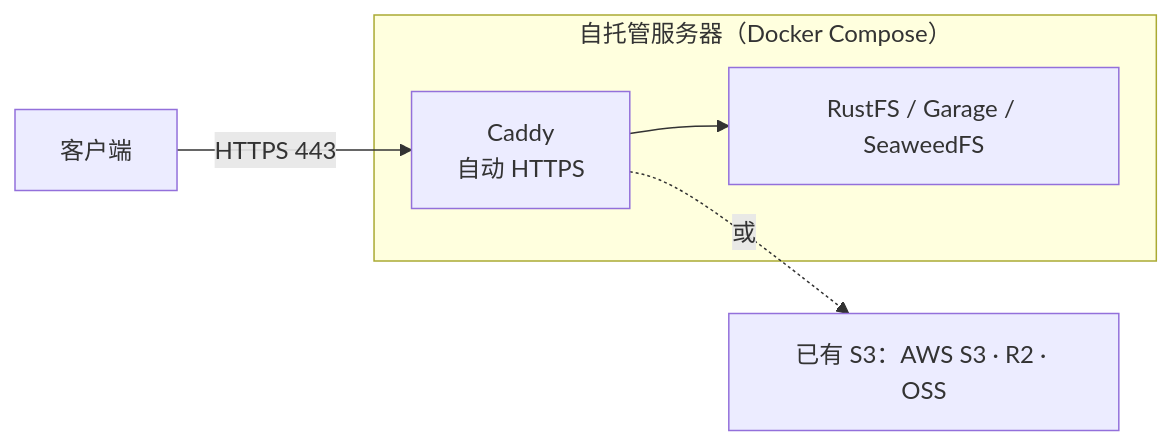
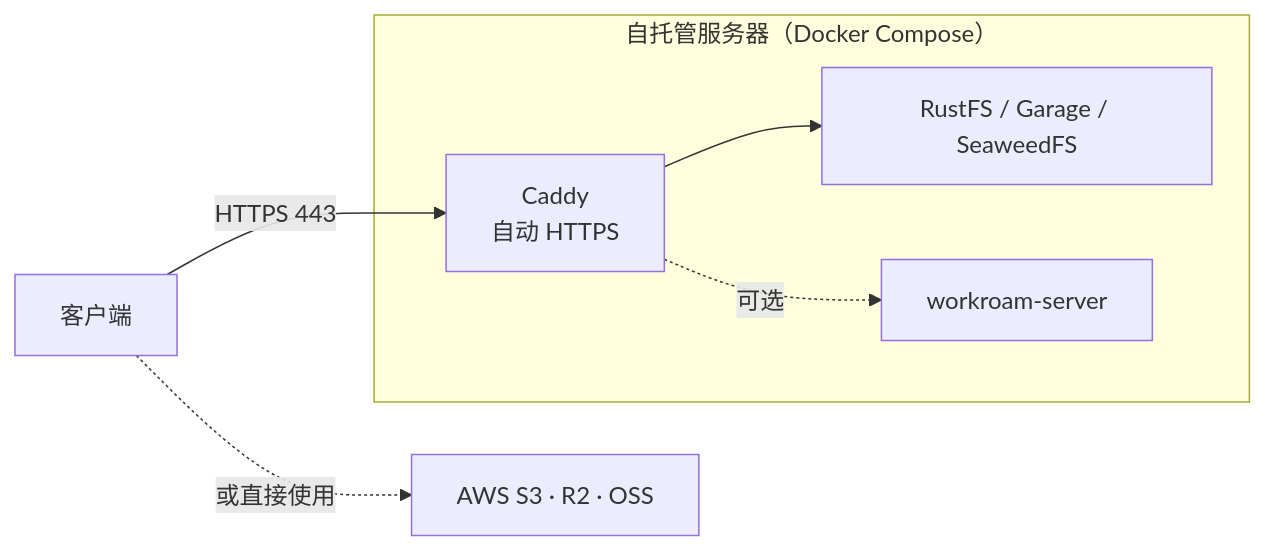
Before and after one commit to kverona-ai/workroam: the tenth of 10 diagrams in docs/architecture.md, drawn with Mermaid. The commit also changed other lines of this file and 15 other files, not shown here.

First line of the commit message:
docs: first complete PRD and architecture targeting v0.3

````diff
--- a/docs/architecture.md
+++ b/docs/architecture.md
@@ -603,8 +827,9 @@
 ```mermaid
 flowchart LR
     C["客户端"] -- HTTPS 443 --> Caddy
     subgraph Server["自托管服务器（Docker Compose）"]
         Caddy["Caddy<br/>自动 HTTPS"] --> Store["RustFS / Garage / SeaweedFS"]
+        Caddy -. 可选 .-> WS["workroam-server"]
     end
-    Caddy -. 或 .-> Ext["已有 S3：AWS S3 · R2 · OSS"]
+    C -. 或直接使用 .-> Ext["AWS S3 · R2 · OSS"]
 ```
````
